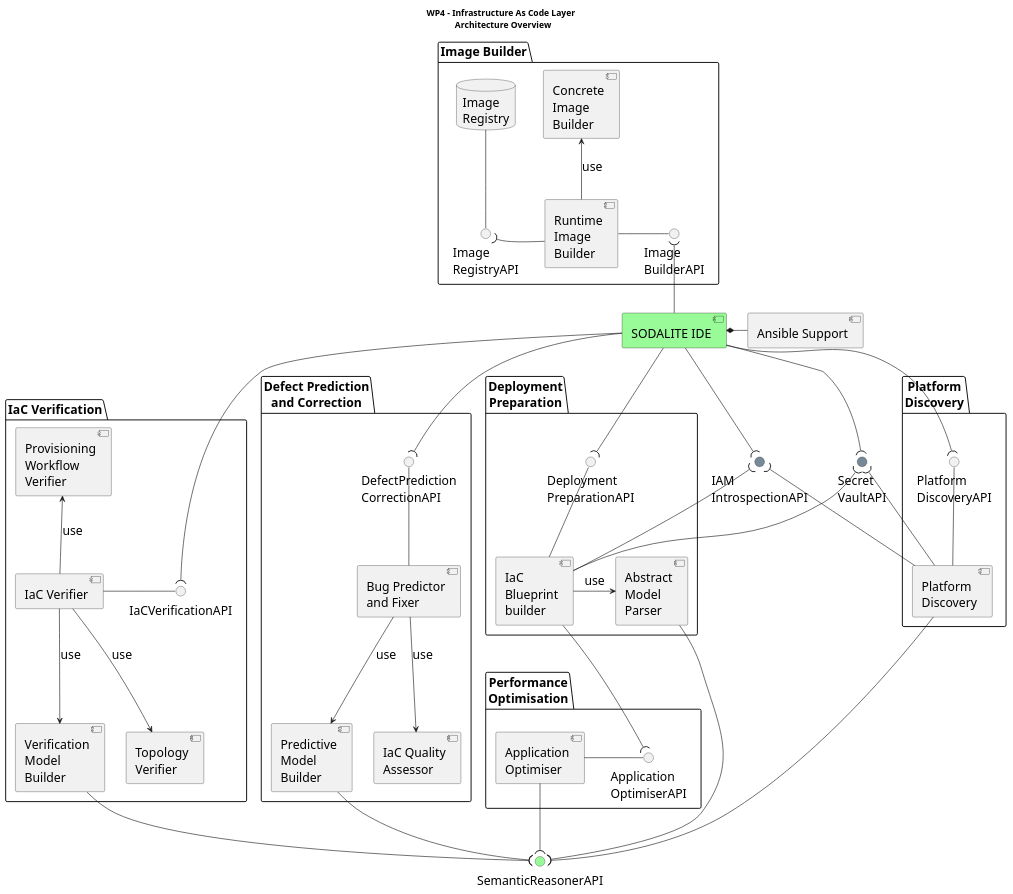
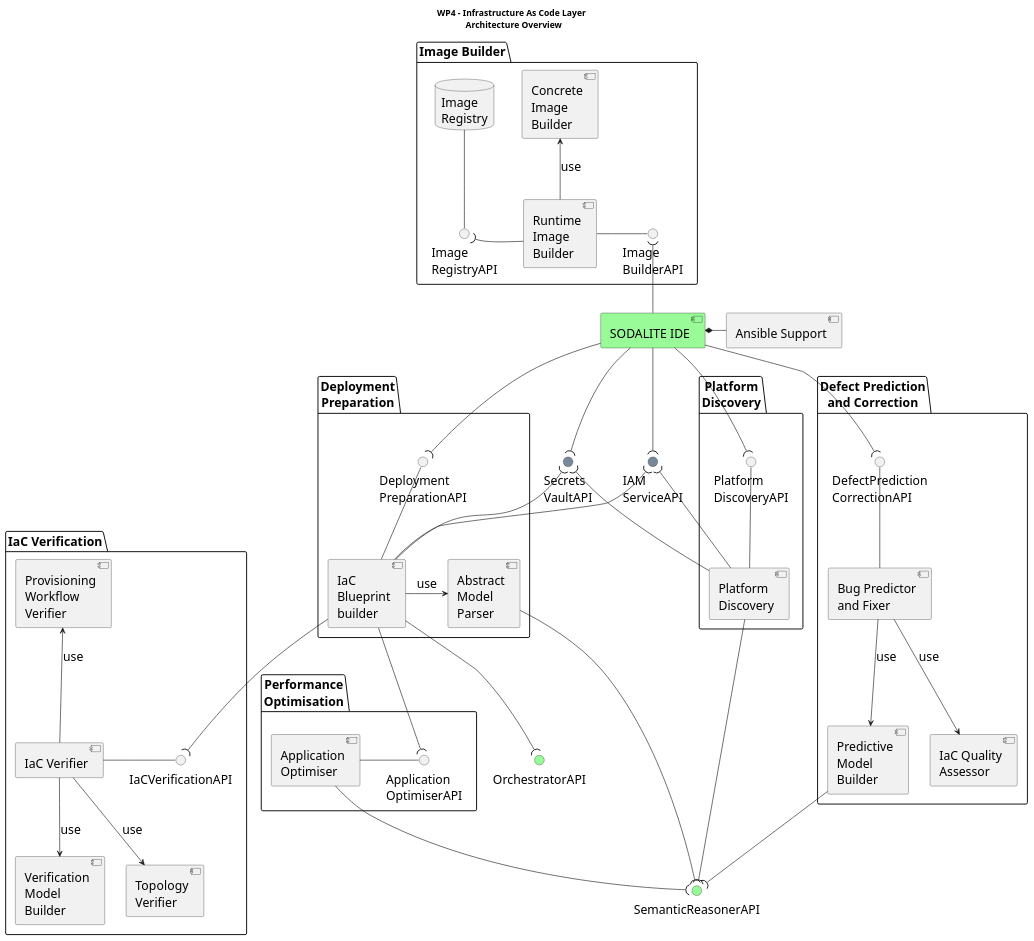
Before and after one commit to SODALITE-EU/project-wide-documentation: the diagram in uml/component-diagrams/CD-WP4-ArchitectureOverview.puml, drawn with PlantUML.

Commit message:
WP4 Arch update

```diff
--- a/uml/component-diagrams/CD-WP4-ArchitectureOverview.puml
+++ b/uml/component-diagrams/CD-WP4-ArchitectureOverview.puml
@@ -1,96 +1,98 @@
 @startuml
 
 title WP4 - Infrastructure As Code Layer \n Architecture Overview
 
-skinparam fixCircleLabelOverlapping true 
+skinparam fixCircleLabelOverlapping true
 skinparam defaultFontSize 20
 
 'reference to WP3
 component "SODALITE IDE" as cSIDE #PaleGreen
 component "Ansible Support" as cAnsible
 cSIDE*-r-cAnsible
 
 
 'security APIs
 interface "SemanticReasonerAPI"  as repoEndpoint #PaleGreen
+interface "OrchestratorAPI"  as orchEndpoint #PaleGreen
 
-interface "Secret\nVaultAPI" as VaultAPI #LightSlateGrey
-interface "IAM\nIntrospectionAPI" as iIAM #LightSlateGrey
+interface "Secrets\nVaultAPI" as VaultAPI #LightSlateGrey
+interface "IAM\nServiceAPI" as iIAM #LightSlateGrey
 
 'WP4 components and packages
 package "Deployment\nPreparation" as pDP {
     component [Abstract\nModel\nParser] as cAbstractModelParser
     component [IaC\nBlueprint\nbuilder] as cIaCBlueprintBuilder
     cIaCBlueprintBuilder -r-> cAbstractModelParser:use
     interface "Deployment\nPreparationAPI"  as iBluePrintGeneratorAPI
-    cIaCBlueprintBuilder -u- iBluePrintGeneratorAPI    
+    cIaCBlueprintBuilder -u- iBluePrintGeneratorAPI
 }
 
 package "Image Builder" {
     component [Runtime\nImage\nBuilder] as cRuntimeImageBuilder
     component [Concrete\nImage\nBuilder] as cConcreteImageBuilder
     interface "Image\nBuilderAPI"  as iRuntimeImageBuilder
     database "Image\nRegistry" as dIR
     interface "Image\nRegistryAPI" as iIRDataAccess
     cRuntimeImageBuilder -r- iRuntimeImageBuilder
     cRuntimeImageBuilder -u-> cConcreteImageBuilder:use
     dIR -- iIRDataAccess
     cRuntimeImageBuilder -l-( iIRDataAccess
 }
 
 package "IaC Verification" as pIV {
     component [IaC Verifier] as cIaCVerifier
     interface "IaCVerificationAPI"  as iIaCVerifier
     cIaCVerifier -r- iIaCVerifier
     component [Verification\nModel\nBuilder] as cVerificationModelBuilder
     component [Topology\nVerifier] as cTopologyVerifier
     component [Provisioning\nWorkflow\nVerifier] as cProvisioningWorkflowVerifier
     cIaCVerifier -d-> cVerificationModelBuilder:use
     cIaCVerifier -d-> cTopologyVerifier:use
     cIaCVerifier -u-> cProvisioningWorkflowVerifier:use
 }
 
 package "Defect Prediction\nand Correction" as pDPC {
     component [Bug Predictor\nand Fixer ] as cBugPredictorAndFixer
     interface "DefectPrediction\nCorrectionAPI"  as iBugPredictorAndFixer
     cBugPredictorAndFixer -u- iBugPredictorAndFixer
     component [Predictive\nModel\nBuilder] as cPredictiveModelBuilder
     component [IaC Quality\nAssessor] as cIaCQualityAssessor
     cBugPredictorAndFixer --> cIaCQualityAssessor:use
     cBugPredictorAndFixer --> cPredictiveModelBuilder:use
 }
 
 package "Performance\nOptimisation" as packagePO {
     component "Application\nOptimiser" as cApplicationOptimiser
     interface "Application\nOptimiserAPI"  as iApplicationOptimiser
     cApplicationOptimiser -r- iApplicationOptimiser
 }
 
 
 package "Platform\nDiscovery" as packagePD {
     component "Platform\nDiscovery" as cPlatformDiscovery
     interface "Platform\nDiscoveryAPI"  as iPlatformDiscovery
     cPlatformDiscovery -u- iPlatformDiscovery
 }
 
 cAbstractModelParser -d-( repoEndpoint
 cSIDE -d-( iBluePrintGeneratorAPI
-cSIDE -d-( iIaCVerifier
 cSIDE -d-( iBugPredictorAndFixer
 cSIDE -d-( iPlatformDiscovery
 cSIDE -d-( iIAM
 cSIDE -d-( VaultAPI
 
+cIaCBlueprintBuilder -d-( orchEndpoint
+cIaCBlueprintBuilder -d-( iIaCVerifier
+
 cIaCBlueprintBuilder -d-( iApplicationOptimiser
 cSIDE -u-( iRuntimeImageBuilder
 
 cPredictiveModelBuilder -d-( repoEndpoint
-cVerificationModelBuilder -d-( repoEndpoint
 cApplicationOptimiser -d-( repoEndpoint
 cPlatformDiscovery -d-( repoEndpoint
 
 cPlatformDiscovery -u-( iIAM
 cPlatformDiscovery -u-( VaultAPI
 cIaCBlueprintBuilder -u-( iIAM
 cIaCBlueprintBuilder -u-( VaultAPI
 @enduml
```
